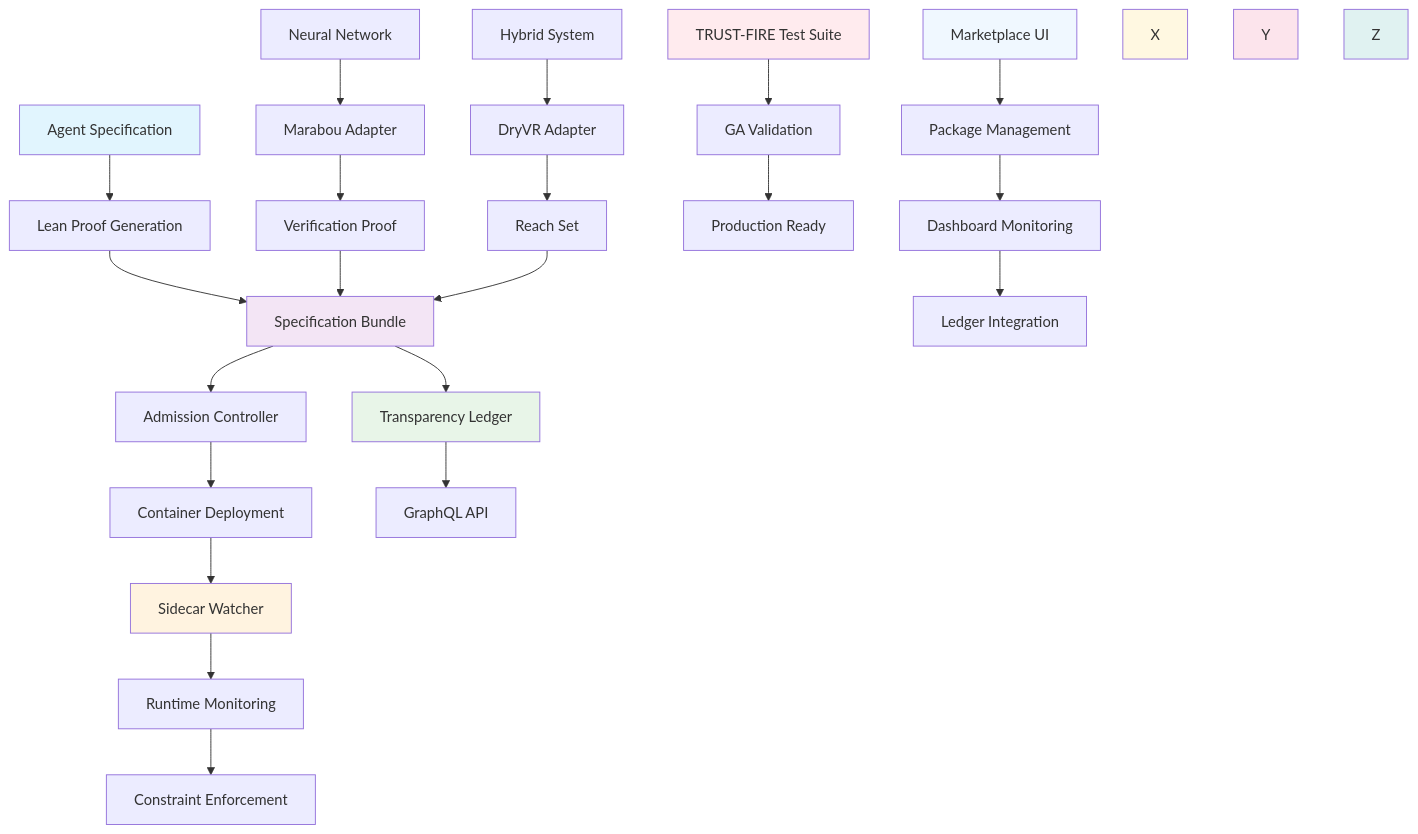
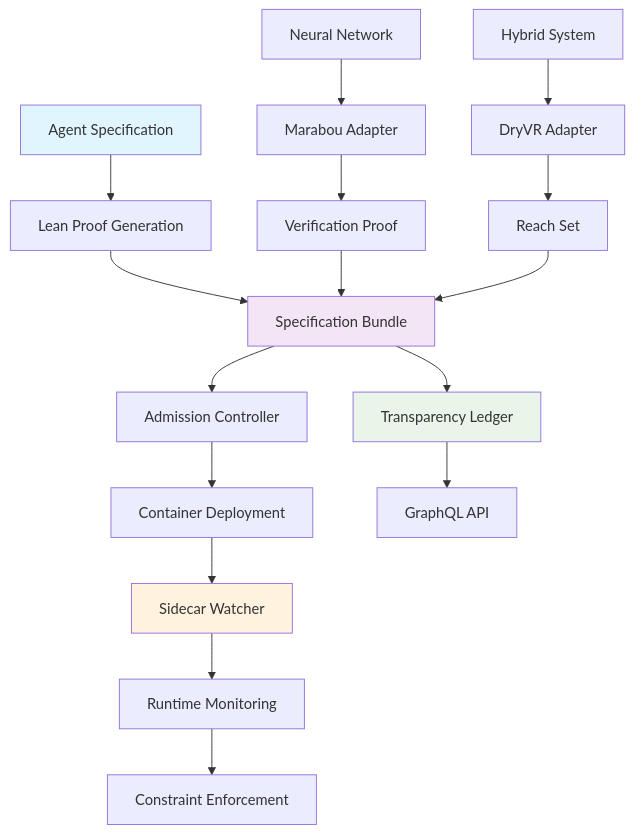
One commit to SentinelOps-CI/provability-fabric changed the diagram in README.md. Above: the diagram before and after it, drawn with Mermaid.

Commit message:
feat: improve docs

````diff
--- a/README.md
+++ b/README.md
@@ -208,38 +208,26 @@
 ```mermaid
 flowchart TD
     A[Agent Specification] --> B[Lean Proof Generation]
     B --> C[Specification Bundle]
     C --> D[Admission Controller]
     D --> E[Container Deployment]
     E --> F[Sidecar Watcher]
     F --> G[Runtime Monitoring]
     G --> H[Constraint Enforcement]
 
     I[Neural Network] --> J[Marabou Adapter]
     J --> K[Verification Proof]
     K --> C
 
     L[Hybrid System] --> M[DryVR Adapter]
     M --> N[Reach Set]
     N --> C
 
     C --> O[Transparency Ledger]
     O --> P[GraphQL API]
 
-    Q[TRUST-FIRE Test Suite] --> R[GA Validation]
-    R --> S[Production Ready]
-
-    T[Marketplace UI] --> U[Package Management]
-    U --> V[Dashboard Monitoring]
-    V --> W[Ledger Integration]
-
     style A fill:#e1f5fe
     style C fill:#f3e5f5
     style F fill:#fff3e0
     style O fill:#e8f5e8
-    style Q fill:#ffebee
-    style T fill:#f0f8ff
-    style X fill:#fff8e1
-    style Y fill:#fce4ec
-    style Z fill:#e0f2f1
 ```
````
